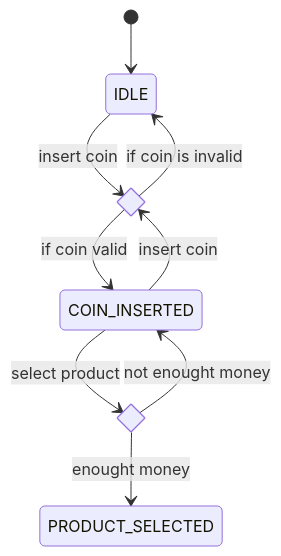
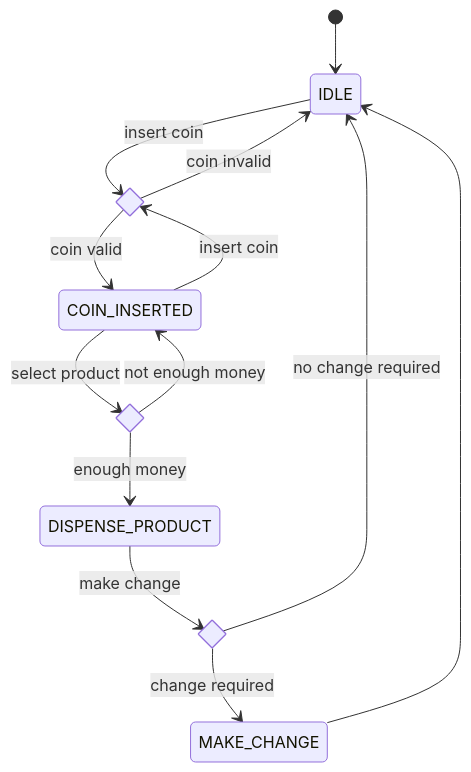
The diagram in docs/stateDiagrams.md (elzinko/vending-machine-kata), drawn with Mermaid before and after one commit. The commit also changed other lines of this file and 1 other file, not shown here.

Commit message:
doc(todo): add todo tasks

````diff
--- a/docs/stateDiagrams.md
+++ b/docs/stateDiagrams.md
@@ -7,16 +8,23 @@
 ```mermaid
 stateDiagram-v2
   [*] --> IDLE
-  state isValidCoin <<choice>> 
-  state hasEnoughtMoney <<choice>>
+  state isValidCoin <<choice>>
+  state hasEnoughMoney <<choice>>
+  state changeRequired <<choice>>
 
   IDLE --> isValidCoin: insert coin
   COIN_INSERTED --> isValidCoin: insert coin
 
-  isValidCoin --> IDLE: if coin is invalid
-  isValidCoin --> COIN_INSERTED : if coin valid
+  isValidCoin --> IDLE: coin invalid
+  isValidCoin --> COIN_INSERTED: coin valid
 
-  COIN_INSERTED --> hasEnoughtMoney: select product
-  hasEnoughtMoney --> PRODUCT_SELECTED: enought money
-  hasEnoughtMoney --> COIN_INSERTED: not enought money
+  COIN_INSERTED --> hasEnoughMoney: select product
+  hasEnoughMoney --> DISPENSE_PRODUCT: enough money
+  hasEnoughMoney --> COIN_INSERTED: not enough money
+
+  DISPENSE_PRODUCT --> changeRequired: make change
+  changeRequired --> MAKE_CHANGE: change required
+  changeRequired --> IDLE: no change required
+
+  MAKE_CHANGE --> IDLE
 ```
````
